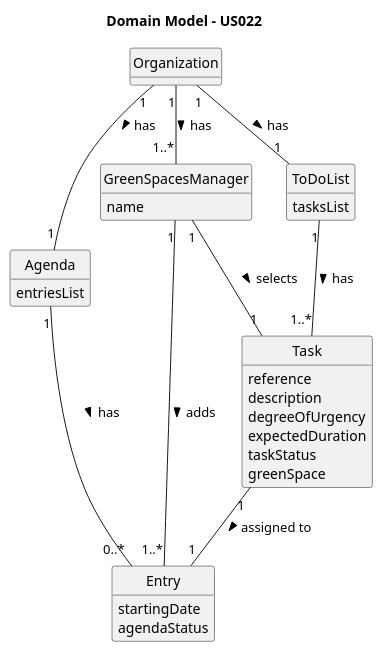
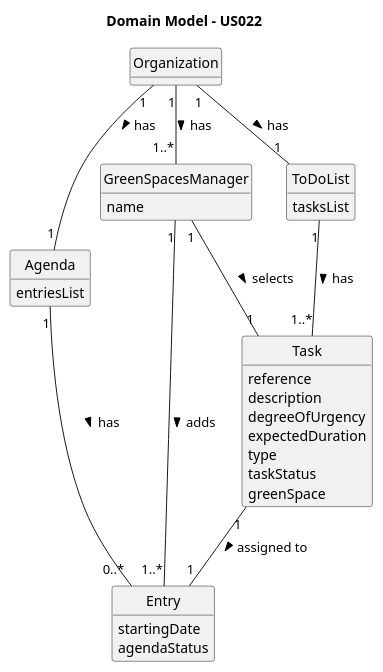
One commit to daniel41silva05/ISEP_2023_2024_LAPR2 changed the diagram in docs/sprintA&B&C/us022/02.analysis/puml/us022-domain-model.puml. Above: the diagram before and after it, drawn with PlantUML. The commit also changed 11 other files, not shown here.

Commit message:
US26 - Class Diagram and Domain Model #12

```diff
--- a/docs/sprintA&B&C/us022/02.analysis/puml/us022-domain-model.puml
+++ b/docs/sprintA&B&C/us022/02.analysis/puml/us022-domain-model.puml
@@ -1,51 +1,52 @@
 @startuml
 skinparam monochrome true
 skinparam packageStyle rectangle
 skinparam shadowing false
 
 skinparam classAttributeIconSize 0
 
 hide circle
 hide methods
 
 title Domain Model - US022
 
 class Organization {
 }
 
 class GreenSpacesManager {
     name
 }
 
 class Agenda {
     entriesList
 }
 
 class ToDoList {
     tasksList
 }
 
 class Entry {
     startingDate
     agendaStatus
 }
 
 class Task {
     reference
     description
     degreeOfUrgency
     expectedDuration
+    type
     taskStatus
     greenSpace
 }
 
 Organization "1" -- "1..*" GreenSpacesManager : has >
 Organization "1" -- "1" Agenda : has >
 Organization "1" -- "1" ToDoList : has >
 GreenSpacesManager "1" -- "1" Task : selects  >
 GreenSpacesManager "1" -- "1..*" Entry : adds >
 Agenda "1" -- "0..*" Entry : has >
 ToDoList "1" -- "1..*" Task : has >
 Task "1" -- "1" Entry : assigned to >
 
 @enduml
```
